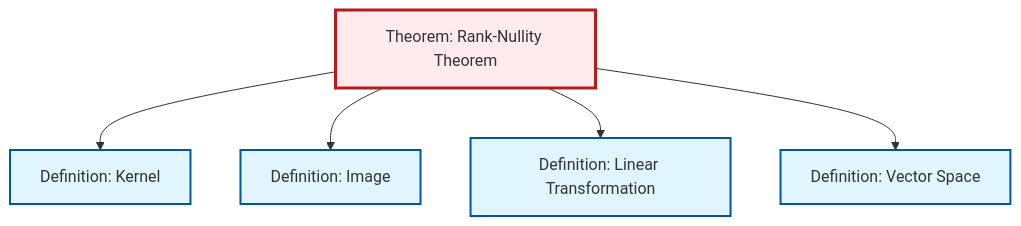
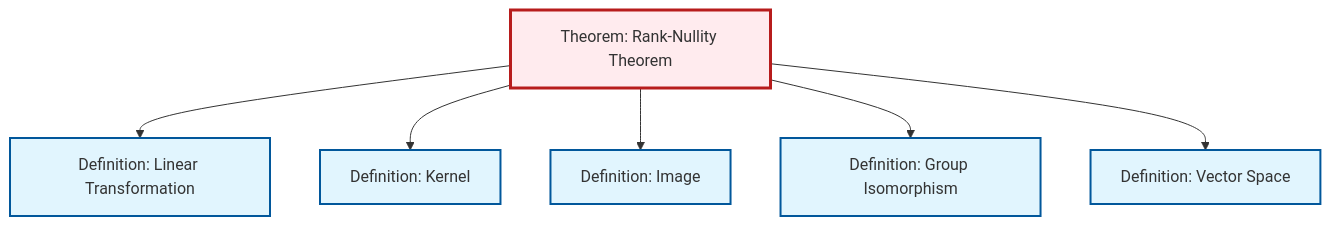
One commit to RK0429/ModernMath changed the diagram in content/ja/algebra/thm-rank-nullity.qmd. Above: the diagram before and after it, drawn with Mermaid. The commit also changed 581 other files, not shown here.

````diff
--- a/content/ja/algebra/thm-rank-nullity.qmd
+++ b/content/ja/algebra/thm-rank-nullity.qmd
@@ -57,23 +57,26 @@
 ```{mermaid}
 %%| fig-cap: "Local dependency graph"
 graph TD
     classDef definition fill:#e1f5fe,stroke:#01579b,stroke-width:2px
     classDef theorem fill:#f3e5f5,stroke:#4a148c,stroke-width:2px
     classDef axiom fill:#fff3e0,stroke:#e65100,stroke-width:2px
     classDef example fill:#e8f5e9,stroke:#1b5e20,stroke-width:2px
     classDef current fill:#ffebee,stroke:#b71c1c,stroke-width:3px
-    thm-rank-nullity["Theorem: Rank-Nullity Theorem"]:::theorem
     def-vector-space["Definition: Vector Space"]:::definition
     def-image["Definition: Image"]:::definition
+    thm-rank-nullity["Theorem: Rank-Nullity Theorem"]:::theorem
+    def-linear-transformation["Definition: Linear Transformation"]:::definition
+    def-isomorphism["Definition: Group Isomorphism"]:::definition
     def-kernel["Definition: Kernel"]:::definition
-    def-linear-transformation["Definition: Linear Transformation"]:::definition
+    thm-rank-nullity --> def-linear-transformation
     thm-rank-nullity --> def-kernel
     thm-rank-nullity --> def-image
-    thm-rank-nullity --> def-linear-transformation
+    thm-rank-nullity --> def-isomorphism
     thm-rank-nullity --> def-vector-space
     class thm-rank-nullity current
     click def-vector-space "def-vector-space.html" "Definition: Vector Spaceへ"
     click def-image "def-image.html" "Definition: Imageへ"
+    click def-linear-transformation "def-linear-transformation.html" "Definition: Linear Transformationへ"
+    click def-isomorphism "def-isomorphism.html" "Definition: Group Isomorphismへ"
     click def-kernel "def-kernel.html" "Definition: Kernelへ"
-    click def-linear-transformation "def-linear-transformation.html" "Definition: Linear Transformationへ"
 ```
````
